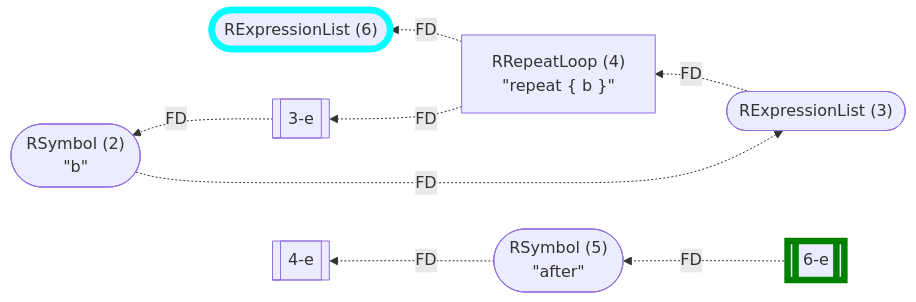
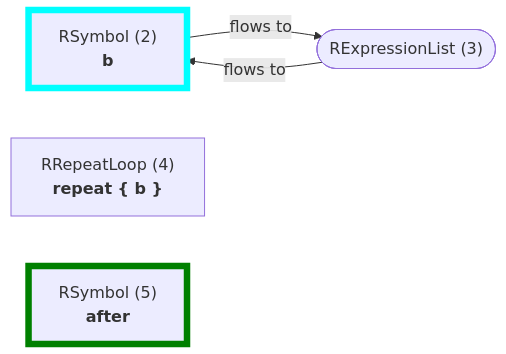
The tenth of 22 diagrams in wiki/Control Flow Graph.md (flowr-analysis/flowr), drawn with Mermaid before and after one commit. The commit also changed other lines of this file and 141 other files, not shown here.

````diff
--- a/wiki/Control Flow Graph.md
+++ b/wiki/Control Flow Graph.md
@@ -673,22 +610,13 @@
 ```mermaid
-flowchart RL
-    n6(["`RExpressionList (6)`"])
+flowchart LR
+    n2["`RSymbol (2)
+**b**`"]
     n3(["`RExpressionList (3)`"])
-    n2(["`RSymbol (2)
-#34;b#34;`"])
-    n3-e[[3-e]]
     n4["`RRepeatLoop (4)
-#34;repeat #123; b #125;#34;`"]
-    n4-e[[4-e]]
-    n5(["`RSymbol (5)
-#34;after#34;`"])
-    n6-e[[6-e]]
-    n4 -.->|"FD"| n6
-    n4 -.->|"FD"| n3-e
-    n2 -.->|"FD"| n3
-    n3-e -.->|"FD"| n2
-    n3 -.->|"FD"| n4
-    n5 -.->|"FD"| n4-e
-    n6-e -.->|"FD"| n5
-    style n6 stroke:cyan,stroke-width:6.5px;    style n6-e stroke:green,stroke-width:6.5px;
+**repeat #123; b #125;**`"]
+    n5["`RSymbol (5)
+**after**`"]
+    n3 -->|"flows to"| n2
+    n2 -->|"flows to"| n3
+    style n2 stroke:cyan,stroke-width:6.5px;    style n5 stroke:green,stroke-width:6.5px;
 ```
````
